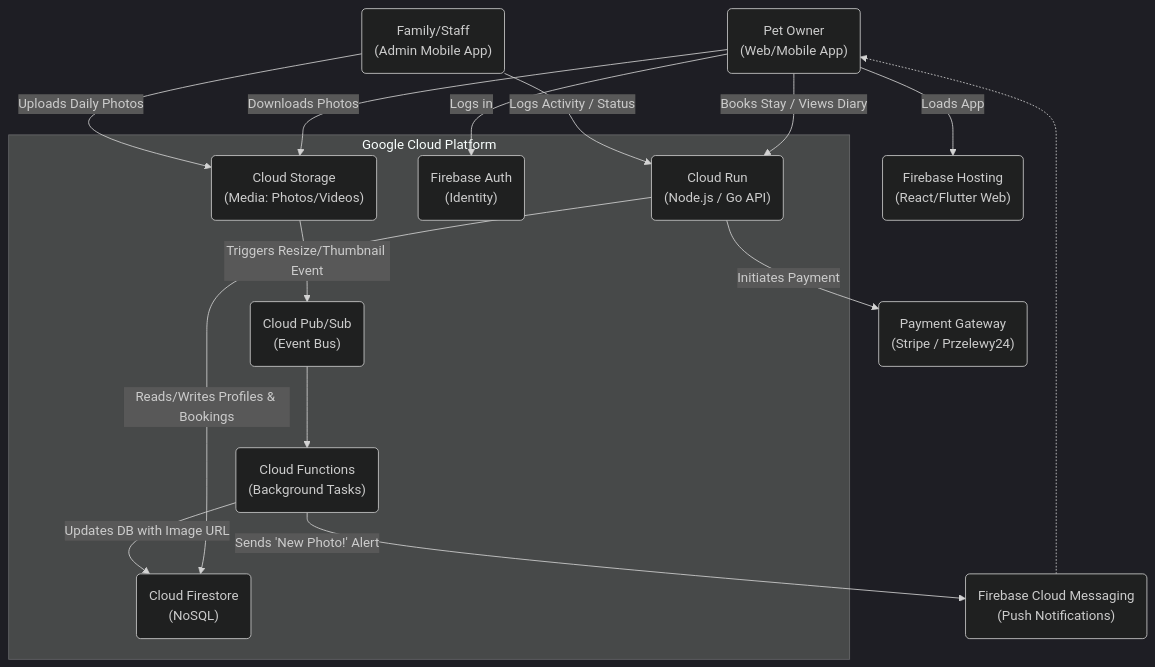
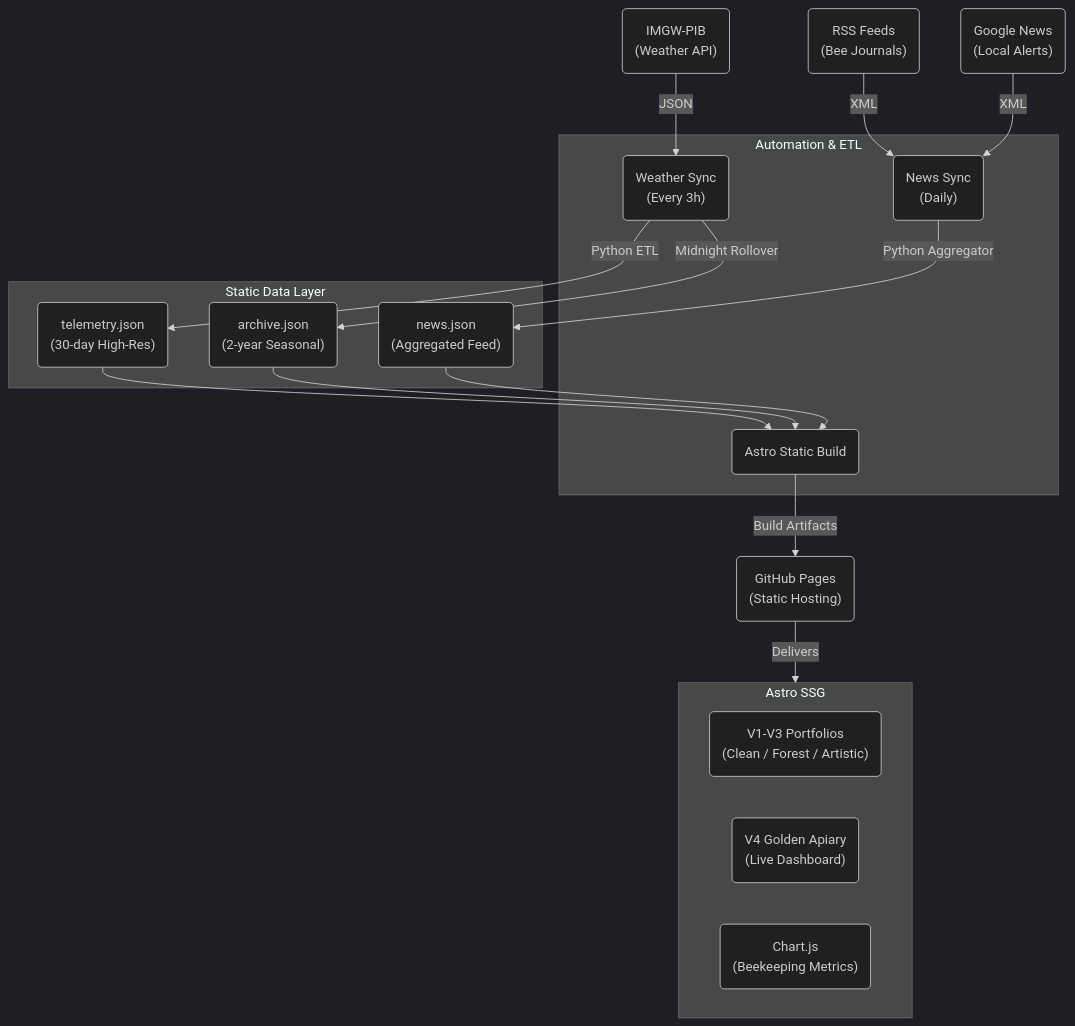
Before and after one commit to czterylapynawakacjach/czterylapynawakacjach.github.io: the diagram in docs/ARCHITECTURE.md, drawn with Mermaid (dark theme). The commit also changed other lines of this file and 1 other file, not shown here.

Commit message:
docs: update technical architecture to reflect current Astro SSG and beekeeping ETL pipeline

````diff
--- a/docs/ARCHITECTURE.md
+++ b/docs/ARCHITECTURE.md
@@ -5,46 +5,48 @@
 ```mermaid
 graph TD
-    %% Users
-    Client("Pet Owner\n(Web/Mobile App)")
-    Admin("Family/Staff\n(Admin Mobile App)")
+    %% External Data Sources
+    IMGW("IMGW-PIB\n(Weather API)")
+    RSS("RSS Feeds\n(Bee Journals)")
+    GNews("Google News\n(Local Alerts)")
 
-    %% Frontend Hosting
-    FirebaseHosting("Firebase Hosting\n(React/Flutter Web)")
-
-    %% API & Compute
-    subgraph Google Cloud Platform
-        CloudRun("Cloud Run\n(Node.js / Go API)")
-        Auth("Firebase Auth\n(Identity)")
-        
-        %% Databases
-        Firestore("Cloud Firestore\n(NoSQL)")
-        CloudStorage("Cloud Storage\n(Media: Photos/Videos)")
-        
-        %% Background Processing
-        PubSub("Cloud Pub/Sub\n(Event Bus)")
-        CloudFunctions("Cloud Functions\n(Background Tasks)")
+    %% Automation Layer (GitHub Actions)
+    subgraph GitHub_Actions [Automation & ETL]
+        WeatherSync("Weather Sync\n(Every 3h)")
+        NewsSync("News Sync\n(Daily)")
+        AstroBuild("Astro Static Build")
     end
 
-    %% External Services
-    Stripe("Payment Gateway\n(Stripe / Przelewy24)")
-    Push("Firebase Cloud Messaging\n(Push Notifications)")
+    %% Data Layer
+    subgraph Data_Storage [Static Data Layer]
+        TelemetryJSON("telemetry.json\n(30-day High-Res)")
+        ArchiveJSON("archive.json\n(2-year Seasonal)")
+        NewsJSON("news.json\n(Aggregated Feed)")
+    end
 
-    %% Connections - Client Side
-    Client -->|Logs in| Auth
-    Client -->|Loads App| FirebaseHosting
-    Client -->|Books Stay / Views Diary| CloudRun
-    Client -->|Downloads Photos| CloudStorage
+    %% Frontend Layer
+    subgraph Frontend [Astro SSG]
+        V1_V3("V1-V3 Portfolios\n(Clean / Forest / Artistic)")
+        V4("V4 Golden Apiary\n(Live Dashboard)")
+        Charts("Chart.js\n(Beekeeping Metrics)")
+    end
 
-    %% Connections - Admin Side
-    Admin -->|Uploads Daily Photos| CloudStorage
-    Admin -->|Logs Activity / Status| CloudRun
+    %% Hosting
+    GH_Pages("GitHub Pages\n(Static Hosting)")
 
-    %% Connections - Backend Logic
-    CloudRun -->|Reads/Writes Profiles & Bookings| Firestore
-    CloudRun -->|Initiates Payment| Stripe
-    CloudStorage -->|Triggers Resize/Thumbnail Event| PubSub
-    PubSub --> CloudFunctions
-    CloudFunctions -->|Updates DB with Image URL| Firestore
-    CloudFunctions -->|Sends 'New Photo!' Alert| Push
-    Push -.-> Client
+    %% Flows
+    IMGW -->|JSON| WeatherSync
+    RSS -->|XML| NewsSync
+    GNews -->|XML| NewsSync
+    
+    WeatherSync -->|Python ETL| TelemetryJSON
+    WeatherSync -->|Midnight Rollover| ArchiveJSON
+    NewsSync -->|Python Aggregator| NewsJSON
+    
+    TelemetryJSON --> AstroBuild
+    ArchiveJSON --> AstroBuild
+    NewsJSON --> AstroBuild
+    
+    AstroBuild -->|Build Artifacts| GH_Pages
+    
+    GH_Pages -->|Delivers| Frontend
 ```
````
